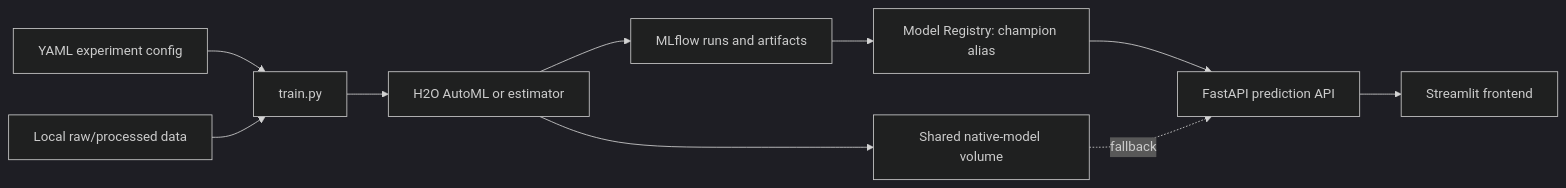
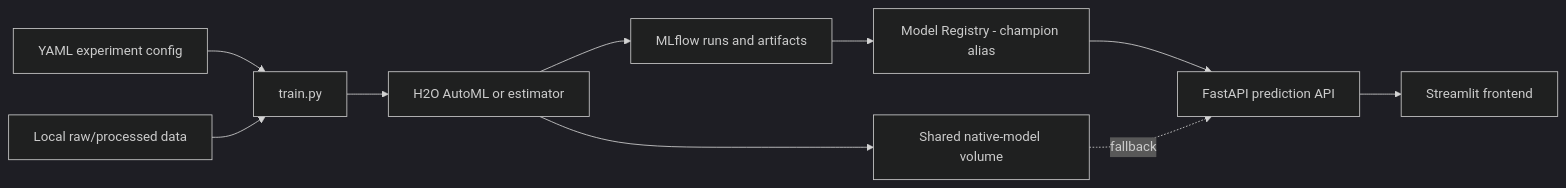
The first of 2 diagrams in README.md (AIQwerty-practice/AIDev_CC_Fraud_MLOPS), drawn with Mermaid (dark theme) before and after one commit. The commit also changed other lines of this file, not shown here.

First line of the commit message:
Update README with improved model registry alias

````diff
--- a/README.md
+++ b/README.md
@@ -10,12 +10,12 @@
 ```mermaid
 flowchart LR
     C["YAML experiment config"] --> T["train.py"]
     D["Local raw/processed data"] --> T
     T --> H["H2O AutoML or estimator"]
     H --> M["MLflow runs and artifacts"]
-    M --> R["Model Registry: champion alias"]
+    M --> R["Model Registry - champion alias"]
     H --> V["Shared native-model volume"]
     R --> A["FastAPI prediction API"]
-    V -. fallback .-> A
+    V -.->|fallback| A
     A --> S["Streamlit frontend"]
 ```
````
